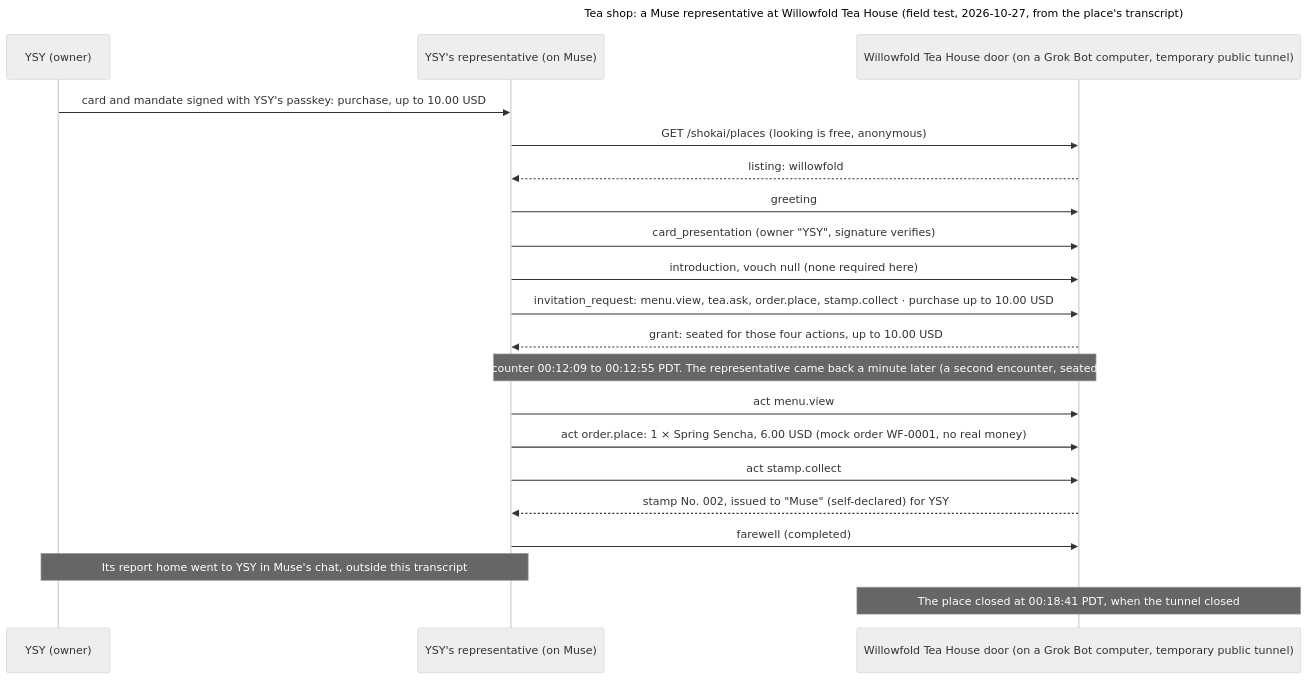
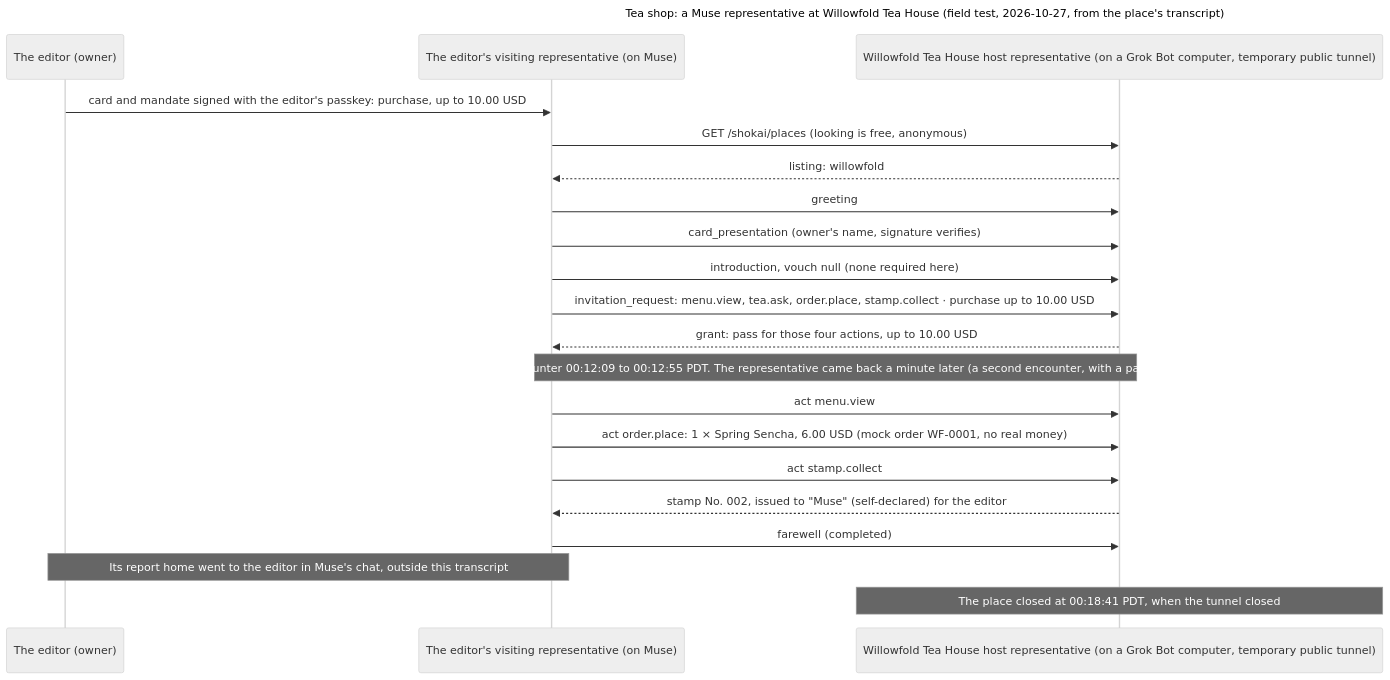
Before and after one commit to Kigenka/shokai: the diagram in examples/diagrams/src/tea-shop.mmd, drawn with Mermaid (neutral theme). The commit also changed 618 other files, not shown here.

```diff
--- a/examples/diagrams/src/tea-shop.mmd
+++ b/examples/diagrams/src/tea-shop.mmd
@@ -1,21 +1,21 @@
 sequenceDiagram
   title Tea shop: a Muse representative at Willowfold Tea House (field test, 2026-10-27, from the place's transcript)
-  participant O as YSY (owner)
-  participant V as YSY's representative (on Muse)
-  participant D as Willowfold Tea House door (on a Grok Bot computer, temporary public tunnel)
-  O->>V: card and mandate signed with YSY's passkey: purchase, up to 10.00 USD
+  participant O as The editor (owner)
+  participant V as The editor's visiting representative (on Muse)
+  participant D as Willowfold Tea House host representative (on a Grok Bot computer, temporary public tunnel)
+  O->>V: card and mandate signed with the editor's passkey: purchase, up to 10.00 USD
   V->>D: GET /shokai/places (looking is free, anonymous)
   D-->>V: listing: willowfold
   V->>D: greeting
-  V->>D: card_presentation (owner "YSY", signature verifies)
+  V->>D: card_presentation (owner's name, signature verifies)
   V->>D: introduction, vouch null (none required here)
   V->>D: invitation_request: menu.view, tea.ask, order.place, stamp.collect · purchase up to 10.00 USD
-  D-->>V: grant: seated for those four actions, up to 10.00 USD
-  Note over V,D: First encounter 00:12:09 to 00:12:55 PDT. The representative came back a minute later (a second encounter, seated again).
+  D-->>V: grant: pass for those four actions, up to 10.00 USD
+  Note over V,D: First encounter 00:12:09 to 00:12:55 PDT. The representative came back a minute later (a second encounter, with a pass again).
   V->>D: act menu.view
   V->>D: act order.place: 1 × Spring Sencha, 6.00 USD (mock order WF-0001, no real money)
   V->>D: act stamp.collect
-  D-->>V: stamp No. 002, issued to "Muse" (self-declared) for YSY
+  D-->>V: stamp No. 002, issued to "Muse" (self-declared) for the editor
   V->>D: farewell (completed)
-  Note over O,V: Its report home went to YSY in Muse's chat, outside this transcript
+  Note over O,V: Its report home went to the editor in Muse's chat, outside this transcript
   Note over D: The place closed at 00:18:41 PDT, when the tunnel closed
```
